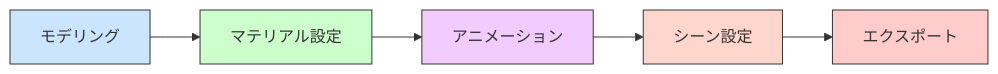
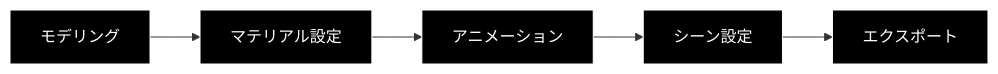
Before and after one commit to ukonpower/OREngine: the second of 2 diagrams in docs/integration/blender.md, drawn with Mermaid. The commit also changed other lines of this file and 5 other files, not shown here.

Commit message:
docs: switch diagrams to dark theme

````diff
--- a/docs/integration/blender.md
+++ b/docs/integration/blender.md
@@ -114,13 +114,13 @@
 ```mermaid
 graph LR
     A[モデリング] --> B[マテリアル設定]
     B --> C[アニメーション]
     C --> D[シーン設定]
     D --> E[エクスポート]
 
-    style A fill:#cce5ff,stroke:#333
-    style B fill:#ccffcc,stroke:#333
-    style C fill:#f3ccff,stroke:#333
-    style D fill:#ffd6cc,stroke:#333
-    style E fill:#ffcccc,stroke:#333
+    style A fill:#000,stroke:#fff,color:#fff
+    style B fill:#000,stroke:#fff,color:#fff
+    style C fill:#000,stroke:#fff,color:#fff
+    style D fill:#000,stroke:#fff,color:#fff
+    style E fill:#000,stroke:#fff,color:#fff
 ```
````
